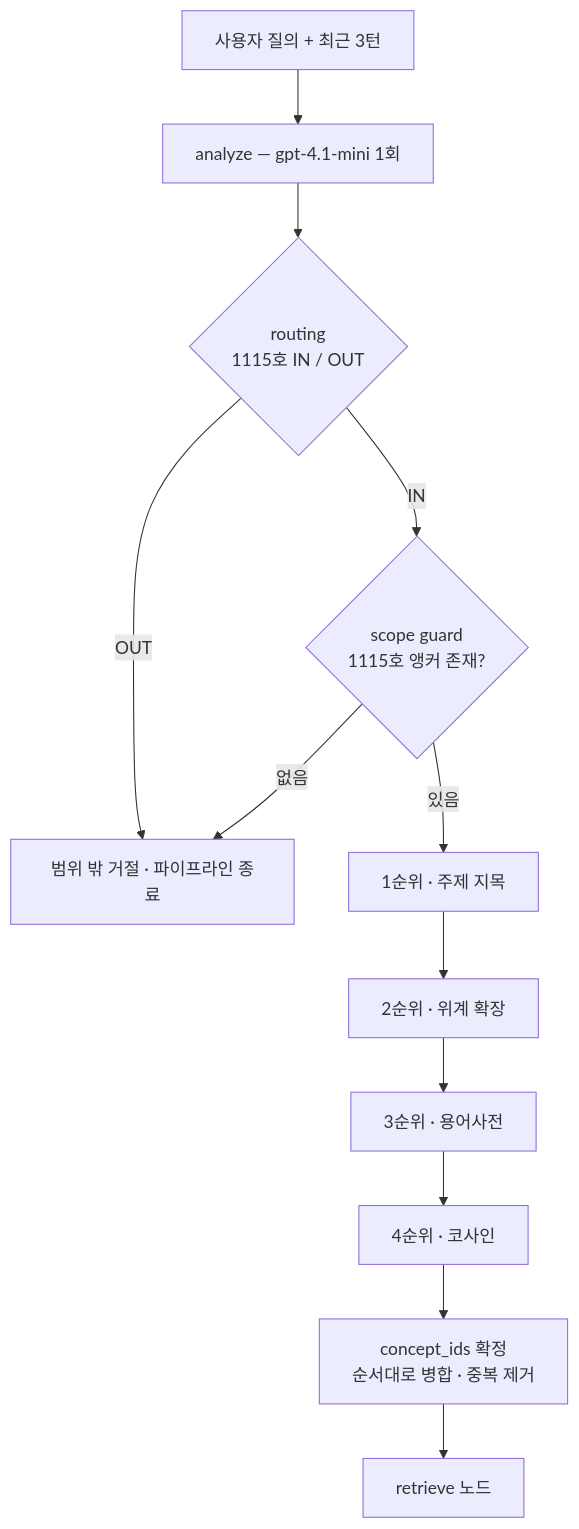
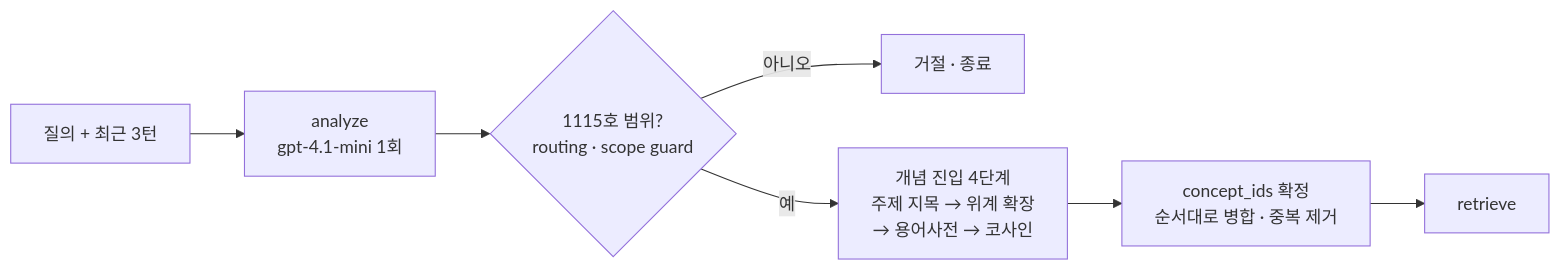
Before and after one commit to ghdtjrgns321-creator/k-ifrs-1115: the second of 3 diagrams in README.md, drawn with Mermaid. The commit also changed other lines of this file, not shown here.

````diff
--- a/README.md
+++ b/README.md
@@ -217,14 +218,9 @@
 ```mermaid
-graph TD
-    Q["사용자 질의 + 최근 3턴"] --> A["analyze — gpt-4.1-mini 1회"]
-    A --> G{"routing<br/>1115호 IN / OUT"}
-    G -->|OUT| STOP["범위 밖 거절 · 파이프라인 종료"]
-    G -->|IN| SG{"scope guard<br/>1115호 앵커 존재?"}
-    SG -->|없음| STOP
-    SG -->|있음| E1["1순위 · 주제 지목"]
-    E1 --> E2["2순위 · 위계 확장"]
-    E2 --> E3["3순위 · 용어사전"]
-    E3 --> E4["4순위 · 코사인"]
-    E4 --> M["concept_ids 확정<br/>순서대로 병합 · 중복 제거"]
-    M --> R["retrieve 노드"]
+graph LR
+    Q["질의 + 최근 3턴"] --> A["analyze<br/>gpt-4.1-mini 1회"]
+    A --> G{"1115호 범위?<br/>routing · scope guard"}
+    G -->|아니오| STOP["거절 · 종료"]
+    G -->|예| E["개념 진입 4단계<br/>주제 지목 → 위계 확장<br/>→ 용어사전 → 코사인"]
+    E --> M["concept_ids 확정<br/>순서대로 병합 · 중복 제거"]
+    M --> R["retrieve"]
 ```
````
